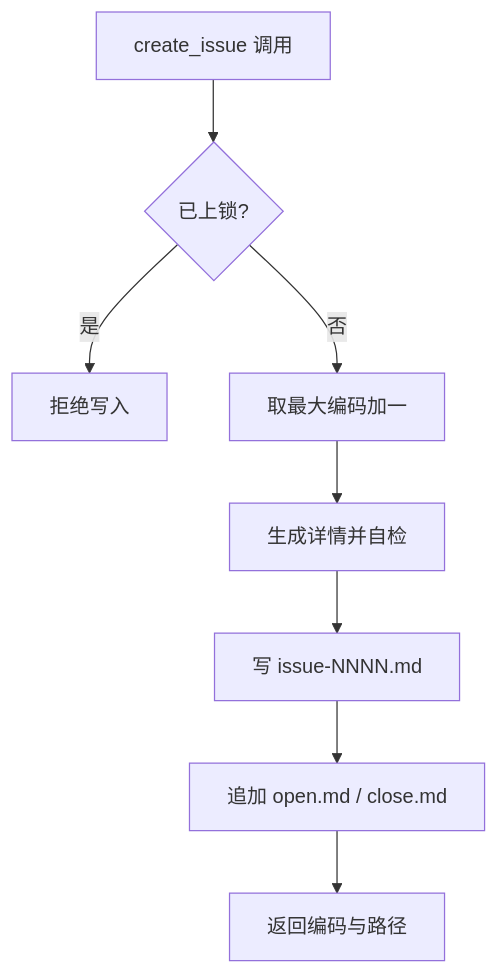
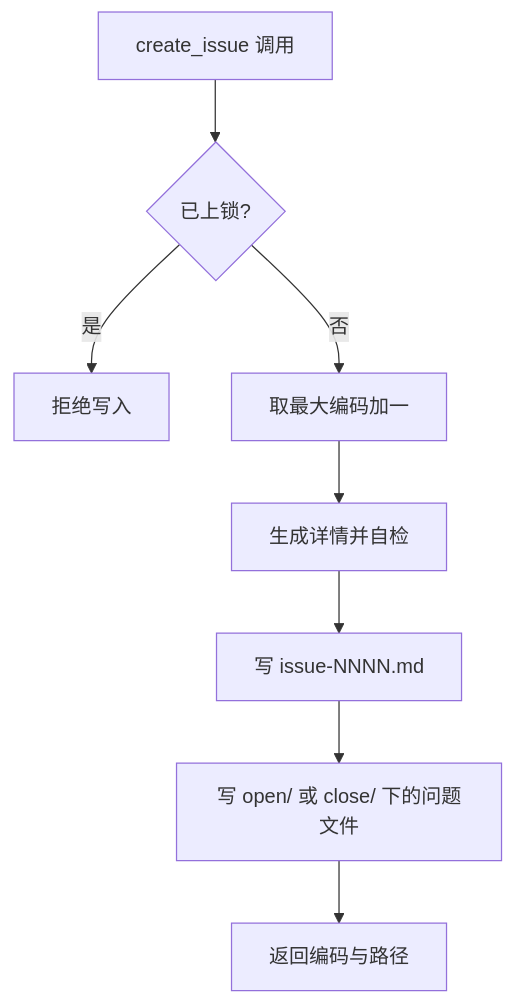
Before and after one commit to Cangjier/coder: the second of 3 diagrams in .coder/design/module-0003.md, drawn with Mermaid. The commit also changed other lines of this file and 19 other files, not shown here.

First line of the commit message:
feat: 问题文件改为 open/close 文件夹，一项一文件

````diff
--- a/.coder/design/module-0003.md
+++ b/.coder/design/module-0003.md
@@ -35,10 +35,10 @@
 ```mermaid
 flowchart TD
   A[create_issue 调用] --> B{已上锁?}
   B -- 是 --> C[拒绝写入]
   B -- 否 --> D[取最大编码加一]
   D --> E[生成详情并自检]
   E --> F[写 issue-NNNN.md]
-  F --> G[追加 open.md / close.md]
+  F --> G[写 open/ 或 close/ 下的问题文件]
   G --> H[返回编码与路径]
 ```
````
